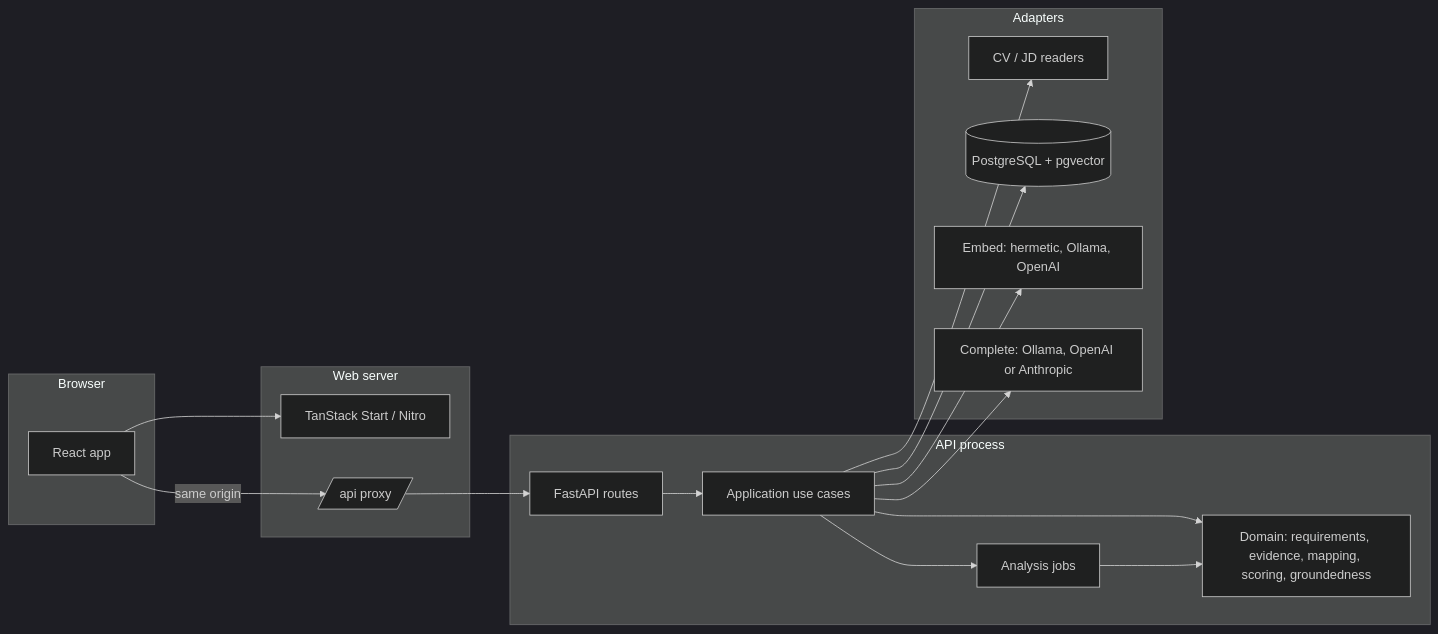
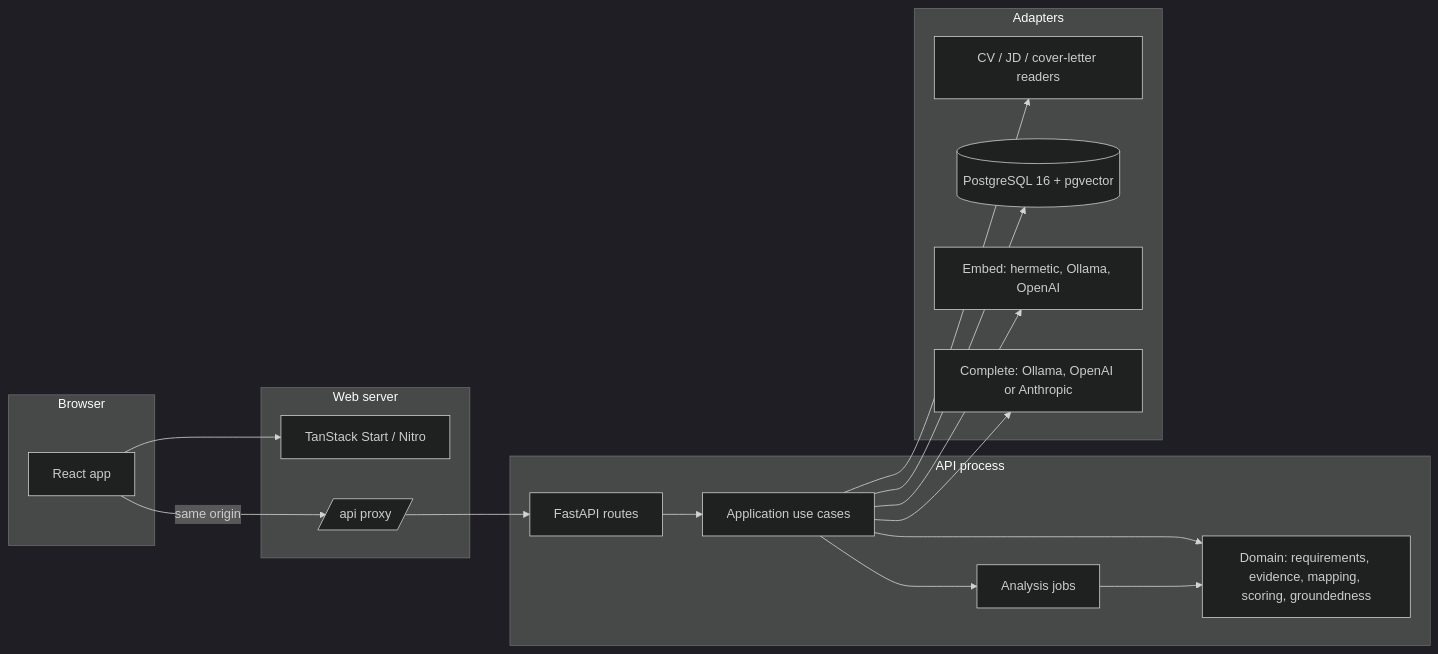
One commit to ArifMehmood16/career-intelligence-assistant changed the first of 2 diagrams in README.md. Above: the diagram before and after it, drawn with Mermaid (dark theme). The commit also changed other lines of this file and 9 other files, not shown here.

First line of the commit message:
docs: make PostgreSQL the system of record for Phase 4+

````diff
--- a/README.md
+++ b/README.md
@@ -68,30 +68,30 @@
 ```mermaid
 flowchart LR
   subgraph browser [Browser]
     UI[React app]
   end
   subgraph web [Web server]
     SSR[TanStack Start / Nitro]
     PROXY[/api proxy/]
   end
   subgraph process [API process]
     HTTP[FastAPI routes]
     APP[Application use cases]
     JOBS[Analysis jobs]
     DOM[Domain: requirements, evidence, mapping, scoring, groundedness]
     HTTP --> APP --> DOM
     APP --> JOBS --> DOM
   end
   subgraph adapters [Adapters]
-    DOC[CV / JD readers]
-    PG[(PostgreSQL + pgvector)]
+    DOC[CV / JD / cover-letter readers]
+    PG[(PostgreSQL 16 + pgvector)]
     EMB[Embed: hermetic, Ollama, OpenAI]
     LLM[Complete: Ollama, OpenAI or Anthropic]
   end
   UI --> SSR
   UI -->|same origin| PROXY --> HTTP
   APP --> DOC
   APP --> PG
   APP --> EMB
   APP --> LLM
 ```
````
